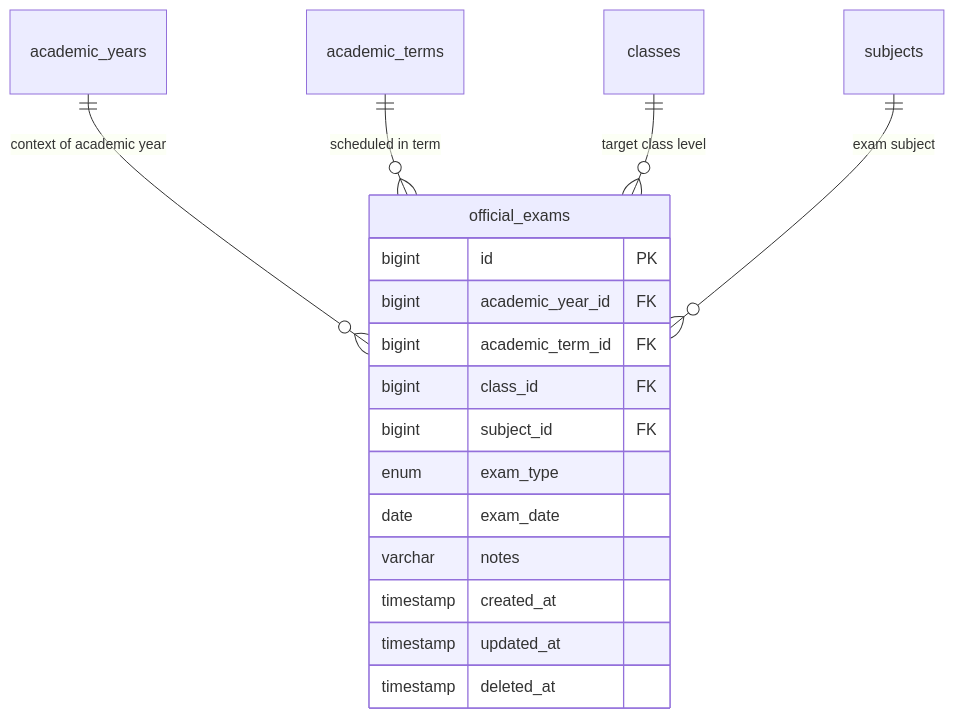
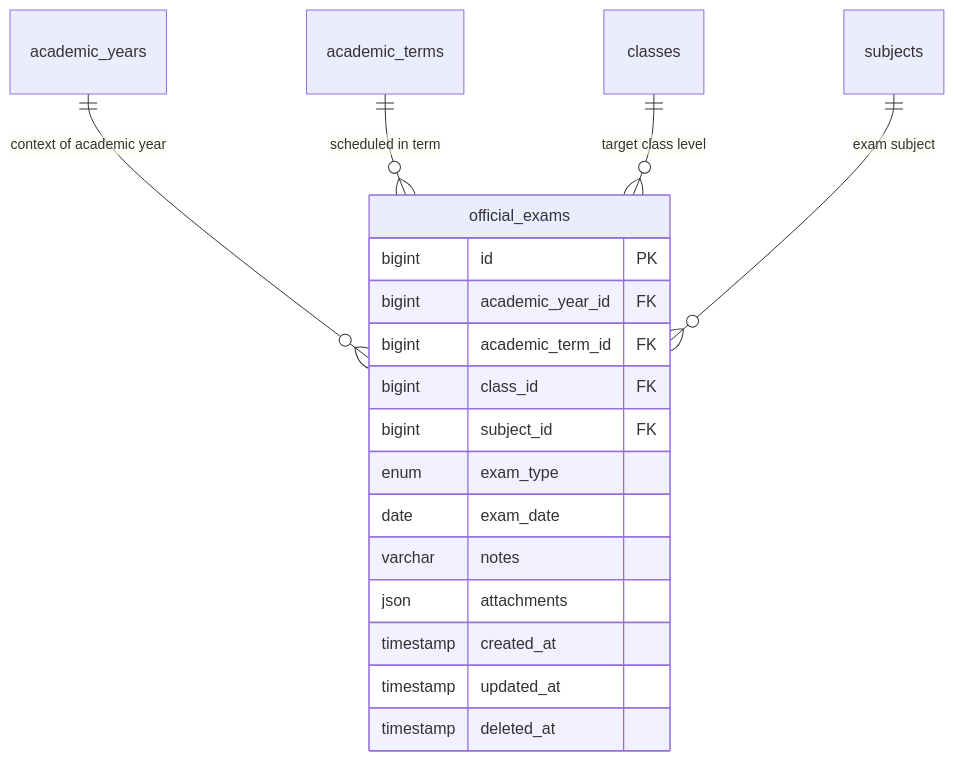
The diagram in MD/phases/phase_08_official_exams/data.md (alalemusa98-ctrl/Taqniya-SMS), drawn with Mermaid before and after one commit. The commit also changed other lines of this file and 6 other files, not shown here.

````diff
--- a/MD/phases/phase_08_official_exams/data.md
+++ b/MD/phases/phase_08_official_exams/data.md
@@ -55,21 +56,22 @@
 ```mermaid
 erDiagram
     academic_years ||--o{ official_exams : "context of academic year"
     academic_terms ||--o{ official_exams : "scheduled in term"
     classes ||--o{ official_exams : "target class level"
     subjects ||--o{ official_exams : "exam subject"
 
     official_exams {
         bigint id PK
         bigint academic_year_id FK
         bigint academic_term_id FK
         bigint class_id FK
         bigint subject_id FK
         enum exam_type
         date exam_date
         varchar notes
+        json attachments
         timestamp created_at
         timestamp updated_at
         timestamp deleted_at
     }
 ```
````
